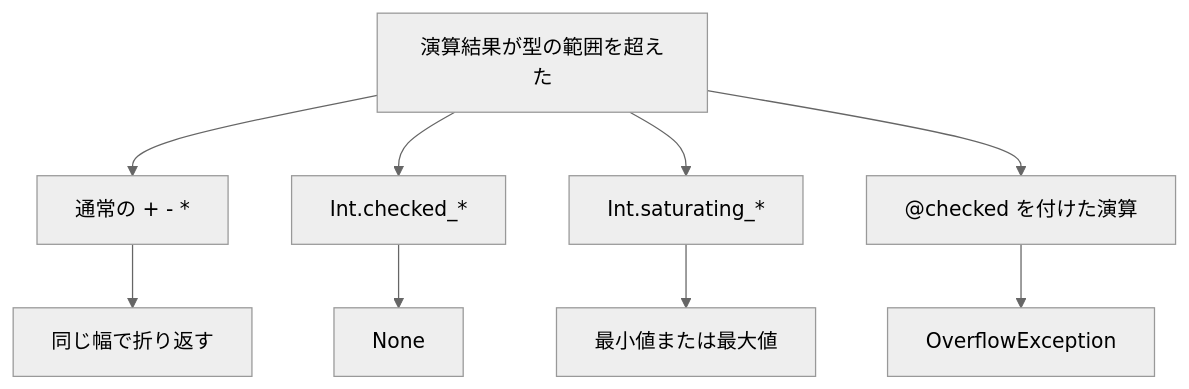
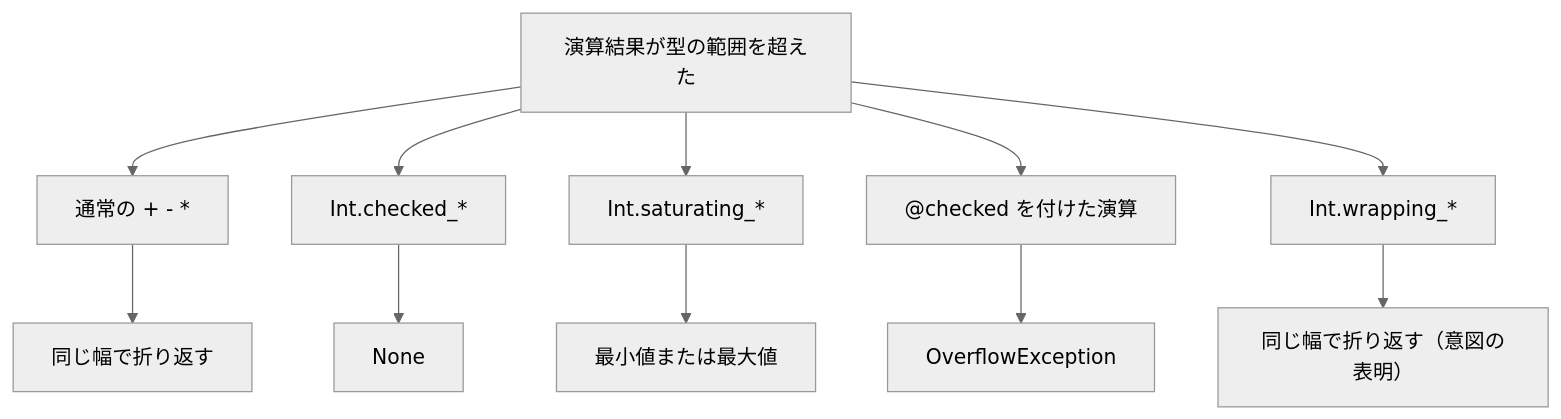
Before and after one commit to tatsuya-midorikawa/Tsuzuri: the diagram in _tsuzuri/language-reference/built-in-types-and-modules/int.md, drawn with Mermaid (neutral theme). The commit also changed other lines of this file and 51 other files, not shown here.

````diff
--- a/_tsuzuri/language-reference/built-in-types-and-modules/int.md
+++ b/_tsuzuri/language-reference/built-in-types-and-modules/int.md
@@ -35,12 +35,14 @@
 ```mermaid
 flowchart TD
   overflow["演算結果が型の範囲を超えた"]
   overflow --> wrap["通常の + - *"]
   overflow --> checked["Int.checked_*"]
   overflow --> saturating["Int.saturating_*"]
   overflow --> marked["@checked を付けた演算"]
+  overflow --> wrapping["Int.wrapping_*"]
   wrap --> wrapped["同じ幅で折り返す"]
+  wrapping --> wrapped2["同じ幅で折り返す（意図の表明）"]
   checked --> none["None"]
   saturating --> bound["最小値または最大値"]
   marked --> exception["OverflowException"]
 ```
````
